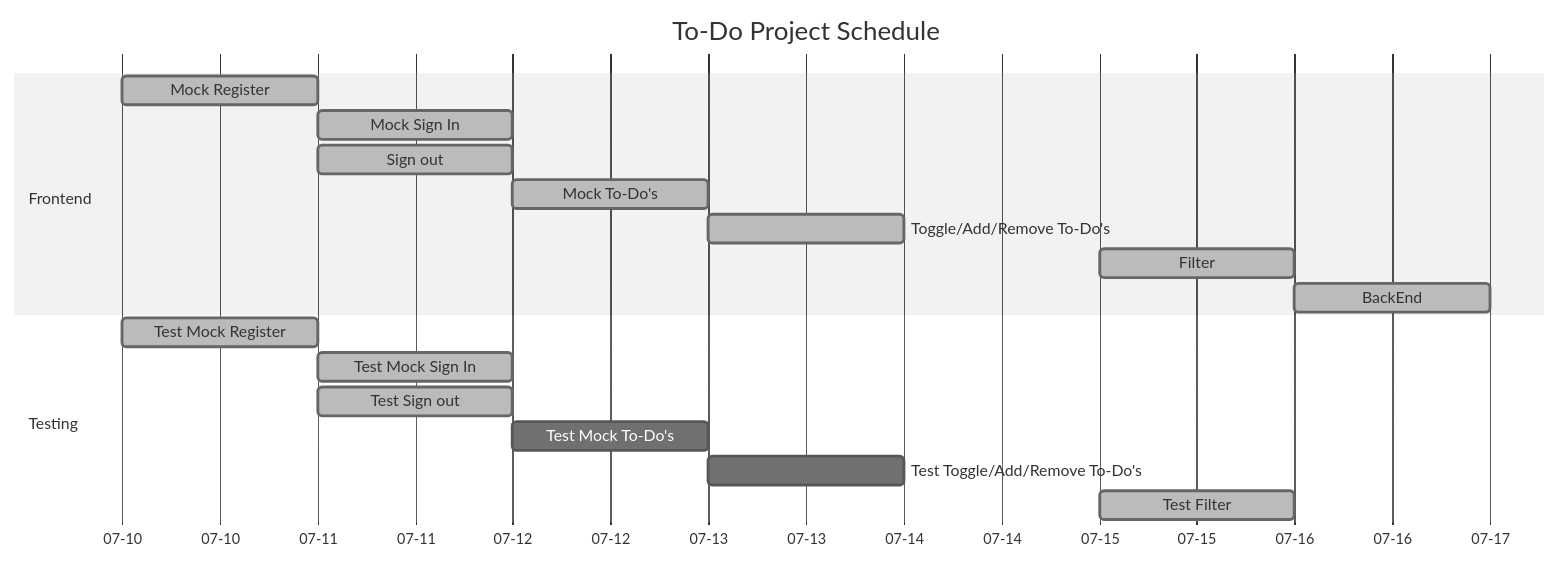
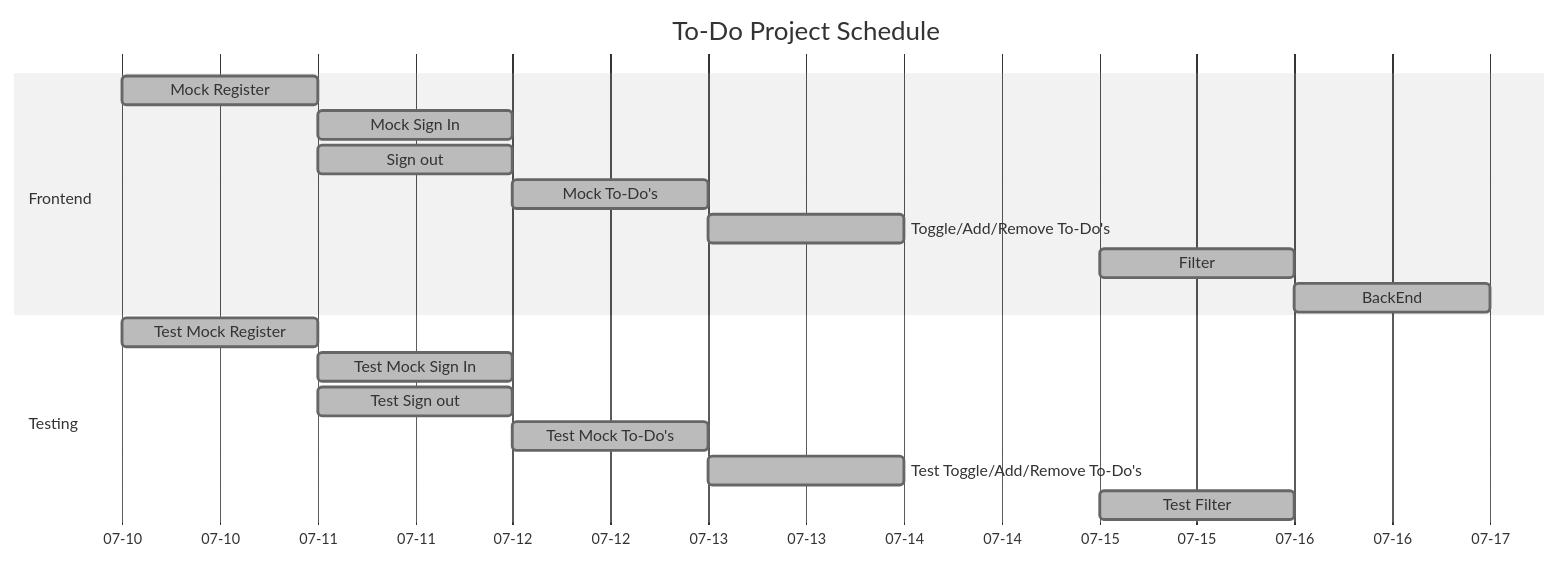
One commit to RafaelM011/ToDo-FrontEnd changed the diagram in README.md. Above: the diagram before and after it, drawn with Mermaid (neutral theme). The commit also changed other lines of this file, not shown here.

Commit message:
readme update

````diff
--- a/README.md
+++ b/README.md
@@ -23,23 +23,23 @@
 ```mermaid
     gantt 
         title To-Do Project Schedule
         dateFormat MM-DD
         axisFormat %m-%d
         
         section Frontend
             Mock Register                   :done, 07-10, 1d
             Mock Sign In                    :done, 07-11, 1d
             Sign out                        :done, 07-11, 1d
             Mock To-Do's                    :done, 07-12, 1d
             Toggle/Add/Remove To-Do's       :done, 07-13, 1d
             Filter                          :done, 07-15, 1d
             BackEnd                         :done, 07-16, 1d
 
         section Testing
             Test Mock Register              :done, 07-10, 1d
             Test Mock Sign In               :done, 07-11, 1d
             Test Sign out                   :done, 07-11, 1d
-            Test Mock To-Do's               :07-12, 1d
-            Test Toggle/Add/Remove To-Do's  :07-13, 1d
+            Test Mock To-Do's               :done, 07-12, 1d
+            Test Toggle/Add/Remove To-Do's  :done, 07-13, 1d
             Test Filter                     :done, 07-15,1d
 ```
````
